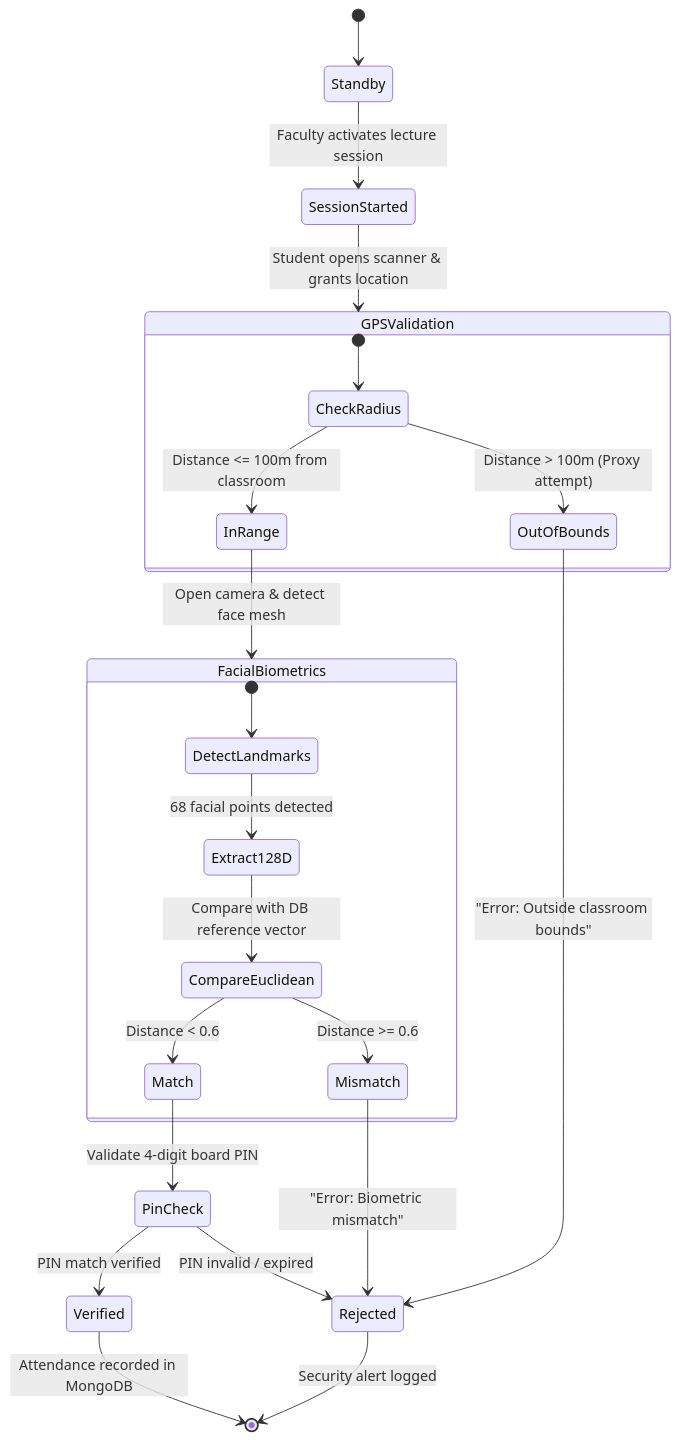
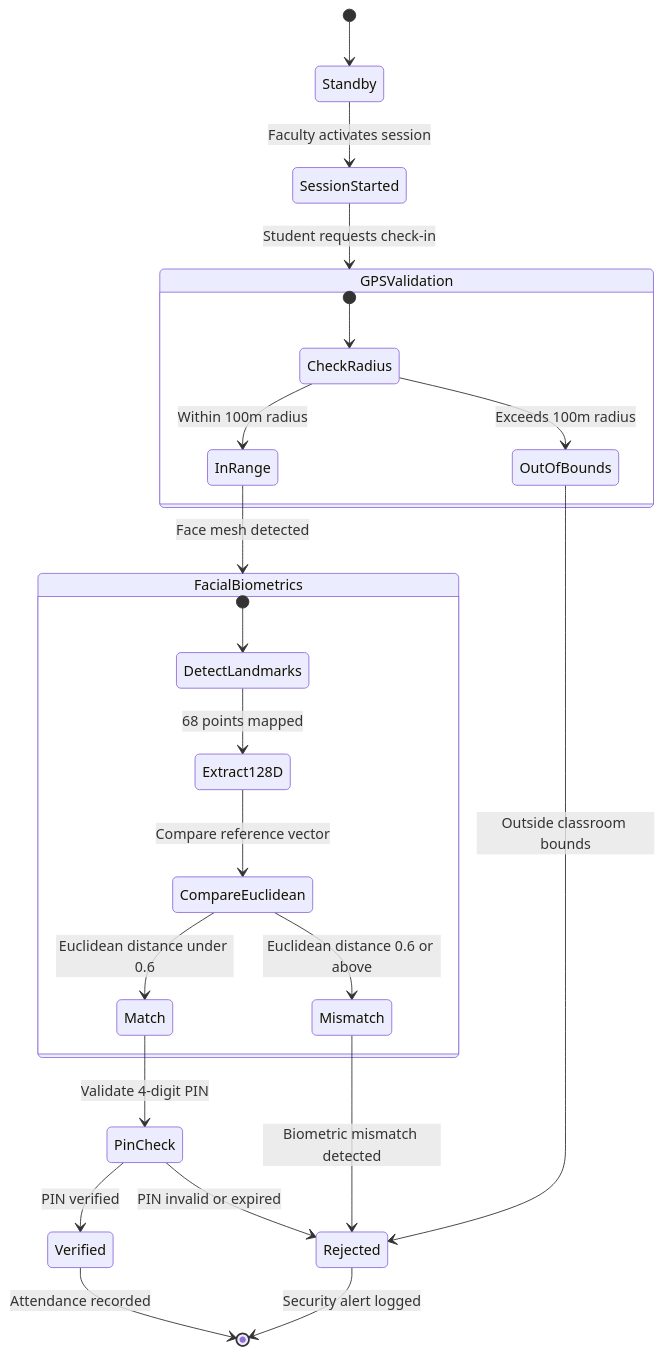
The second of 5 diagrams in README.md (Abhiii8/AttendAi), drawn with Mermaid before and after one commit. The commit also changed other lines of this file, not shown here.

Commit message:
fix(docs): resolve Mermaid Gantt chart date format and sanitize diagram labels

````diff
--- a/README.md
+++ b/README.md
@@ -121,33 +121,33 @@
 ```mermaid
 stateDiagram-v2
     [*] --> Standby
-    Standby --> SessionStarted : Faculty activates lecture session
-    SessionStarted --> GPSValidation : Student opens scanner & grants location
+    Standby --> SessionStarted : Faculty activates session
+    SessionStarted --> GPSValidation : Student requests check-in
     
     state GPSValidation {
         [*] --> CheckRadius
-        CheckRadius --> InRange : Distance <= 100m from classroom
-        CheckRadius --> OutOfBounds : Distance > 100m (Proxy attempt)
+        CheckRadius --> InRange : Within 100m radius
+        CheckRadius --> OutOfBounds : Exceeds 100m radius
     }
 
-    OutOfBounds --> Rejected : "Error: Outside classroom bounds"
+    OutOfBounds --> Rejected : Outside classroom bounds
     
-    InRange --> FacialBiometrics : Open camera & detect face mesh
+    InRange --> FacialBiometrics : Face mesh detected
     
     state FacialBiometrics {
         [*] --> DetectLandmarks
-        DetectLandmarks --> Extract128D : 68 facial points detected
-        Extract128D --> CompareEuclidean : Compare with DB reference vector
-        CompareEuclidean --> Match : Distance < 0.6
-        CompareEuclidean --> Mismatch : Distance >= 0.6
+        DetectLandmarks --> Extract128D : 68 points mapped
+        Extract128D --> CompareEuclidean : Compare reference vector
+        CompareEuclidean --> Match : Euclidean distance under 0.6
+        CompareEuclidean --> Mismatch : Euclidean distance 0.6 or above
     }
     
-    Mismatch --> Rejected : "Error: Biometric mismatch"
-    Match --> PinCheck : Validate 4-digit board PIN
+    Mismatch --> Rejected : Biometric mismatch detected
+    Match --> PinCheck : Validate 4-digit PIN
     
-    PinCheck --> Verified : PIN match verified
-    PinCheck --> Rejected : PIN invalid / expired
+    PinCheck --> Verified : PIN verified
+    PinCheck --> Rejected : PIN invalid or expired
     
-    Verified --> [*] : Attendance recorded in MongoDB
+    Verified --> [*] : Attendance recorded
     Rejected --> [*] : Security alert logged
 ```
````
